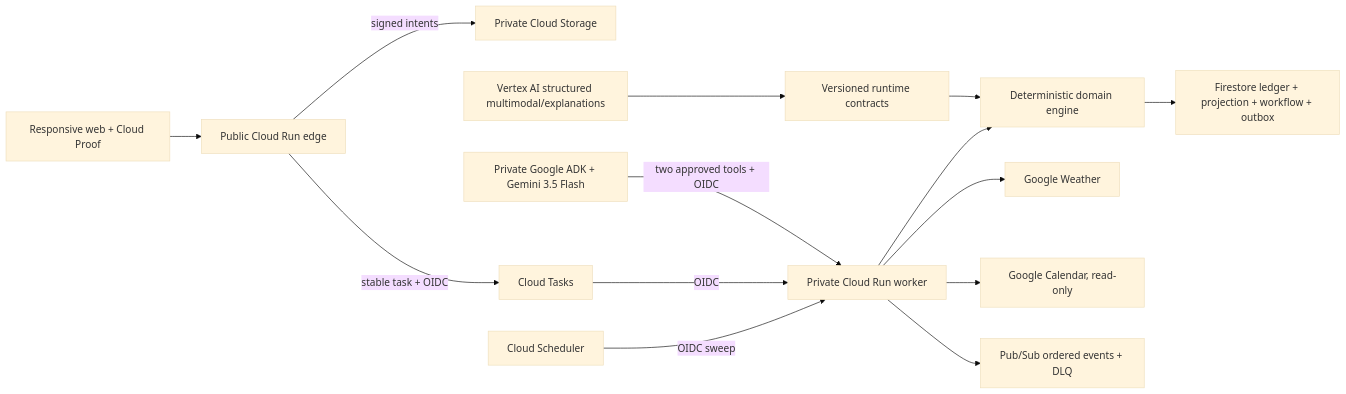
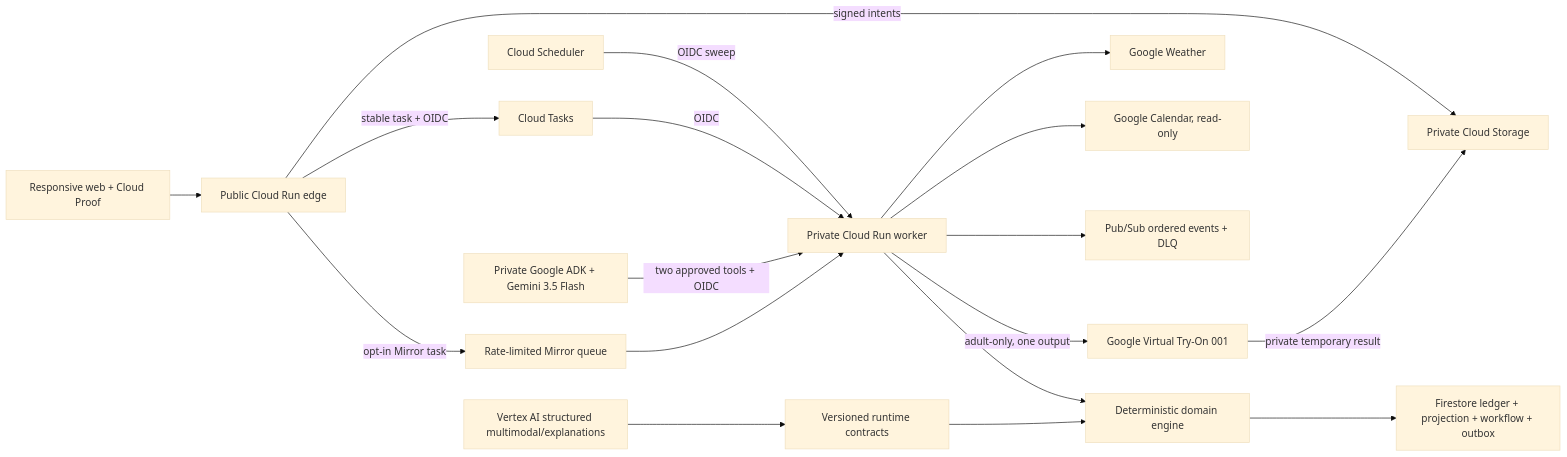
Before and after one commit to NestroyMusoke/Yange: the first of 2 diagrams in docs/architecture.md, drawn with Mermaid (base theme). The commit also changed other lines of this file and 31 other files, not shown here.

Commit message:
feat: add safe Yange Mirror virtual try-on

````diff
--- a/docs/architecture.md
+++ b/docs/architecture.md
@@ -19,16 +19,20 @@
 ```mermaid
 flowchart LR
   Browser["Responsive web + Cloud Proof"] --> Edge["Public Cloud Run edge"]
   Edge -->|"signed intents"| Storage["Private Cloud Storage"]
   Edge -->|"stable task + OIDC"| Tasks["Cloud Tasks"]
   Scheduler["Cloud Scheduler"] -->|"OIDC sweep"| Worker["Private Cloud Run worker"]
   Tasks -->|"OIDC"| Worker
   Steward["Private Google ADK + Gemini 3.5 Flash"] -->|"two approved tools + OIDC"| Worker
   Worker --> Domain["Deterministic domain engine"]
   Domain --> Firestore["Firestore ledger + projection + workflow + outbox"]
   Worker --> Weather["Google Weather"]
   Worker --> Calendar["Google Calendar, read-only"]
   Worker --> PubSub["Pub/Sub ordered events + DLQ"]
   Vertex["Vertex AI structured multimodal/explanations"] --> Contracts["Versioned runtime contracts"]
+  Edge -->|"opt-in Mirror task"| MirrorTasks["Rate-limited Mirror queue"]
+  MirrorTasks --> Worker
+  Worker -->|"adult-only, one output"| VTO["Google Virtual Try-On 001"]
+  VTO -->|"private temporary result"| Storage
   Contracts --> Domain
 ```
````
